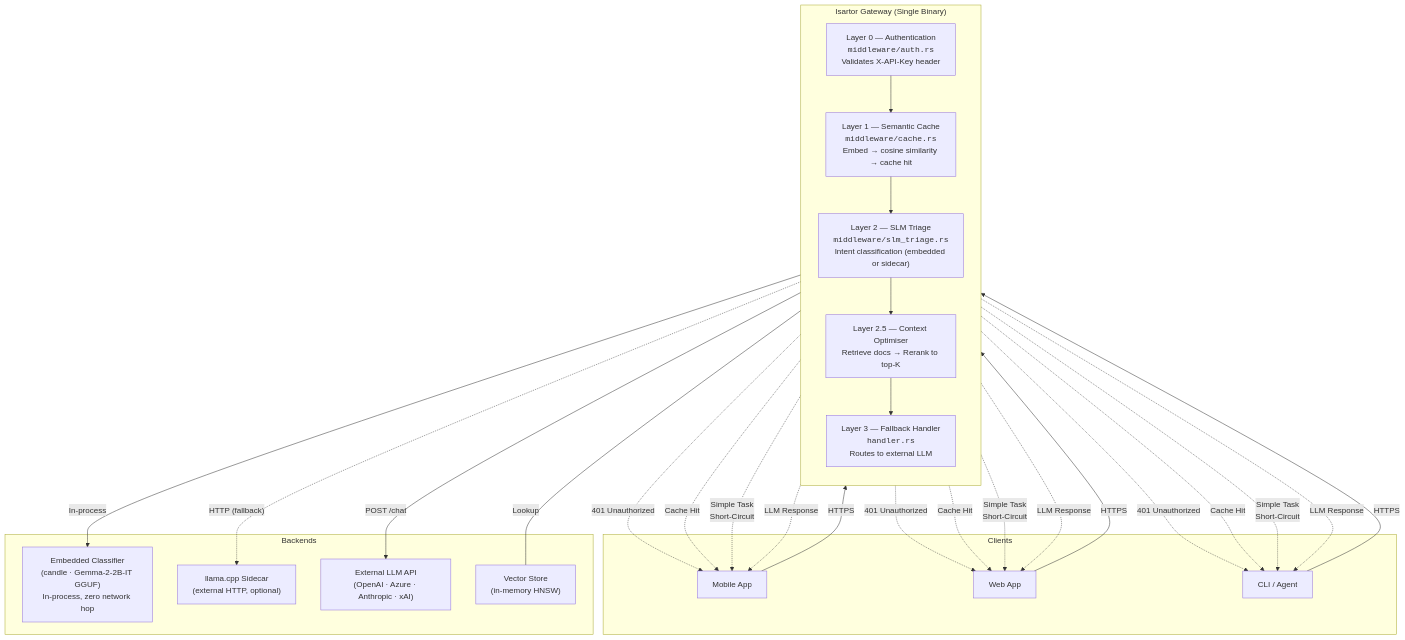
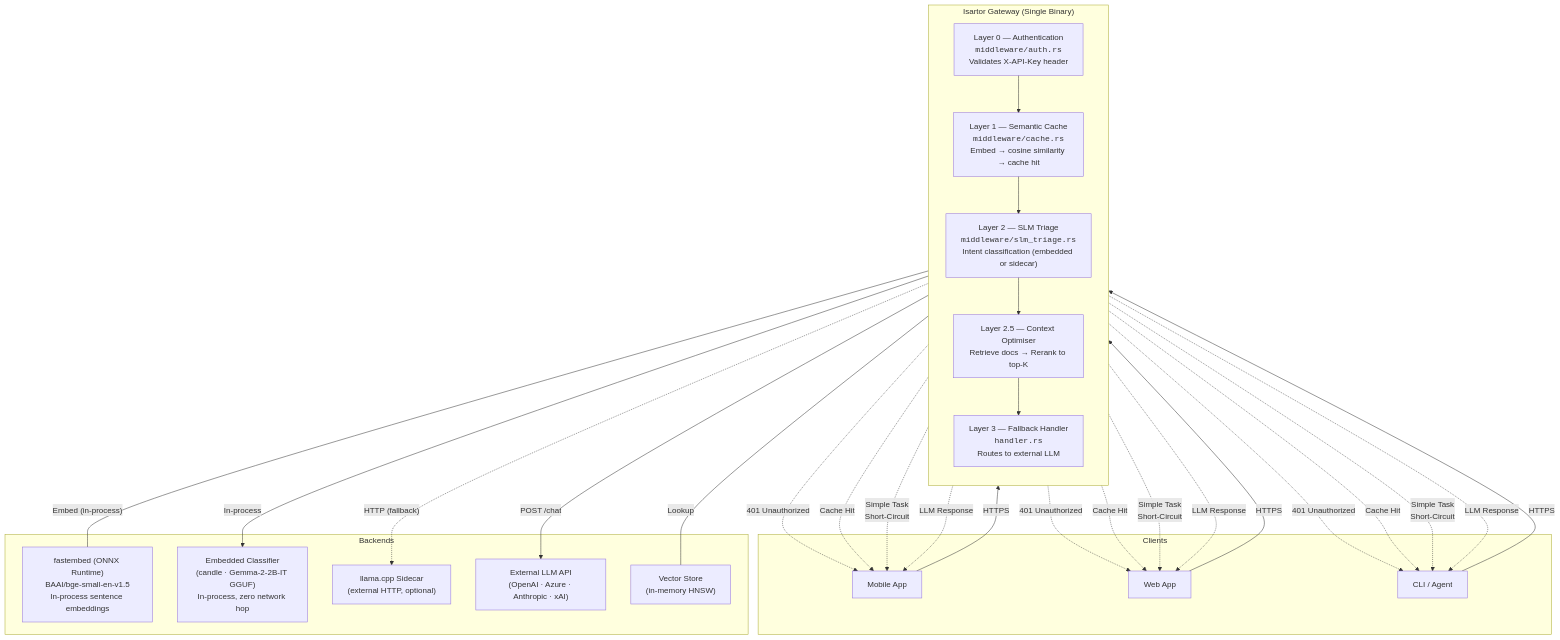
One commit to mattmillartech/Isartor changed the first of 4 diagrams in architecture.md. Above: the diagram before and after it, drawn with Mermaid. The commit also changed other lines of this file and 29 other files, not shown here.

First line of the commit message:
feat: integrate in-process fastembed for Layer 1 semantic cache

````diff
--- a/architecture.md
+++ b/architecture.md
@@ -5,37 +5,39 @@
 ```mermaid
 flowchart TB
     subgraph Clients
         C1["Mobile App"]
         C2["Web App"]
         C3["CLI / Agent"]
     end
 
     subgraph GW["Isartor Gateway (Single Binary)"]
         direction TB
 
         L0["Layer 0 — Authentication\n<code>middleware/auth.rs</code>\nValidates X-API-Key header"]
         L1["Layer 1 — Semantic Cache\n<code>middleware/cache.rs</code>\nEmbed → cosine similarity → cache hit"]
         L2["Layer 2 — SLM Triage\n<code>middleware/slm_triage.rs</code>\nIntent classification (embedded or sidecar)"]
         L25["Layer 2.5 — Context Optimiser\nRetrieve docs → Rerank to top-K"]
         L3["Layer 3 — Fallback Handler\n<code>handler.rs</code>\nRoutes to external LLM"]
 
         L0 --> L1 --> L2 --> L25 --> L3
     end
 
     subgraph Backends
+        FE["fastembed (ONNX Runtime)\nBAAI/bge-small-en-v1.5\nIn-process sentence embeddings"]
         EC["Embedded Classifier\n(candle · Gemma-2-2B-IT GGUF)\nIn-process, zero network hop"]
         SLM["llama.cpp Sidecar\n(external HTTP, optional)"]
         LLM["External LLM API\n(OpenAI · Azure · Anthropic · xAI)"]
         VS["Vector Store\n(in-memory HNSW)"]
     end
 
     C1 & C2 & C3 -->|"HTTPS"| L0
     L0 -.->|"401 Unauthorized"| C1 & C2 & C3
     L1 -.->|"Cache Hit"| C1 & C2 & C3
+    L1 ---|"Embed (in-process)"| FE
     L1 ---|"Lookup"| VS
     L2 -->|"In-process"| EC
     L2 -.->|"HTTP (fallback)"| SLM
     L2 -.->|"Simple Task\nShort-Circuit"| C1 & C2 & C3
     L3 -->|"POST /chat"| LLM
     L3 -.->|"LLM Response"| C1 & C2 & C3
 ```
````
